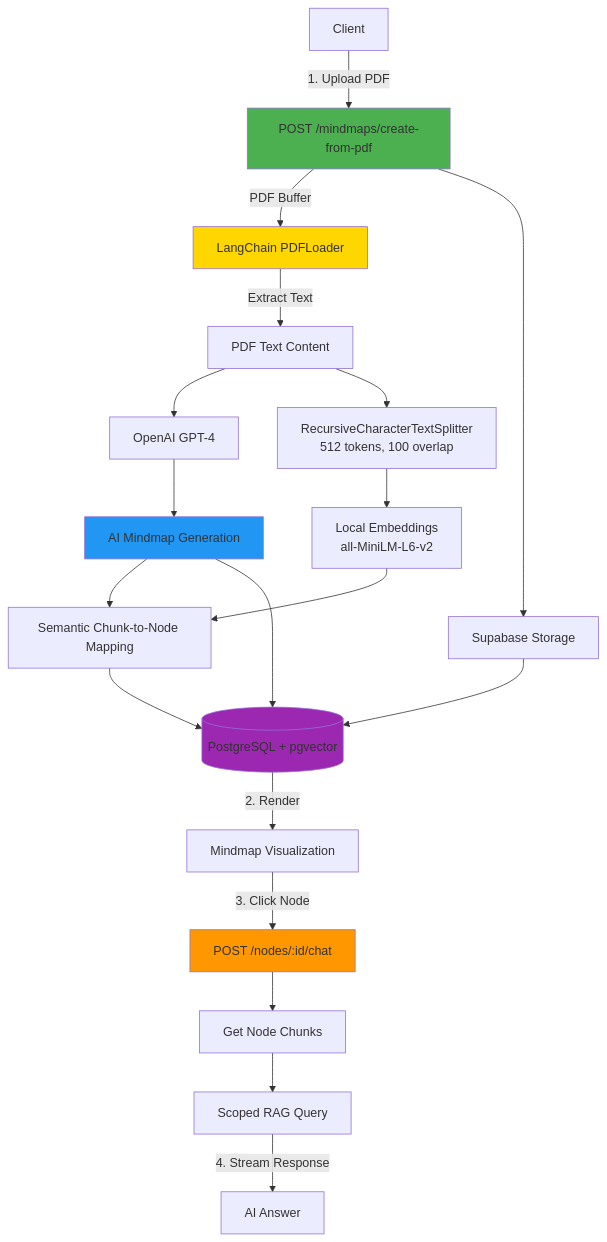
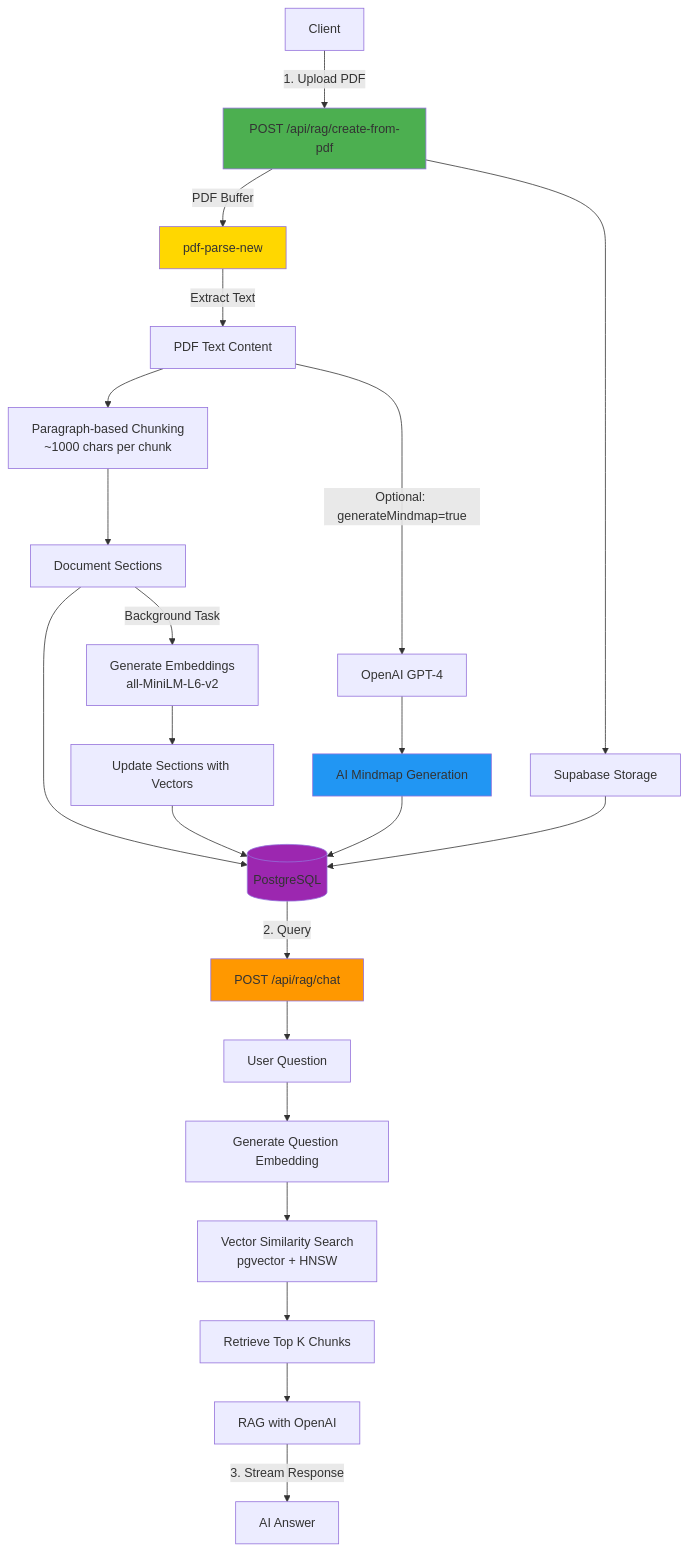
Before and after one commit to nmnguyen130/mindmap-backend: the diagram in README.md, drawn with Mermaid. The commit also changed other lines of this file and 9 other files, not shown here.

````diff
--- a/README.md
+++ b/README.md
@@ -7,33 +7,36 @@
 ```mermaid
 flowchart TB
-    User[Client] -->|1. Upload PDF| API[POST /mindmaps/create-from-pdf]
+    User[Client] -->|1. Upload PDF| API[POST /api/rag/create-from-pdf]
     
-    API -->|PDF Buffer| PDFLoader[LangChain PDFLoader]
-    PDFLoader -->|Extract Text| Parse[PDF Text Content]
+    API -->|PDF Buffer| PDFParse[pdf-parse-new]
+    PDFParse -->|Extract Text| Text[PDF Text Content]
     API --> Store[Supabase Storage]
     
-    Parse --> LLM[OpenAI GPT-4]
+    Text --> Chunk[Paragraph-based Chunking<br/>~1000 chars per chunk]
+    Chunk --> Sections[Document Sections]
+    
+    Sections --> DB[(PostgreSQL)]
+    Store --> DB
+    
+    Sections -->|Background Task| Embed[Generate Embeddings<br/>all-MiniLM-L6-v2]
+    Embed --> Update[Update Sections with Vectors]
+    Update --> DB
+    
+    Text -->|Optional: generateMindmap=true| LLM[OpenAI GPT-4]
     LLM --> Mindmap[AI Mindmap Generation]
-    
-    Parse --> Chunk[RecursiveCharacterTextSplitter<br/>512 tokens, 100 overlap]
-    Chunk --> Embed[Local Embeddings<br/>all-MiniLM-L6-v2]
-    
-    Mindmap --> Map[Semantic Chunk-to-Node Mapping]
-    Embed --> Map
-    
-    Map --> DB[(PostgreSQL + pgvector)]
-    Store --> DB
     Mindmap --> DB
     
-    DB -->|2. Render| Frontend[Mindmap Visualization]
-    Frontend -->|3. Click Node| NodeAPI[POST /nodes/:id/chat]
-    NodeAPI --> Retrieve[Get Node Chunks]
-    Retrieve --> RAG[Scoped RAG Query]
-    RAG -->|4. Stream Response| Answer[AI Answer]
+    DB -->|2. Query| ChatAPI[POST /api/rag/chat]
+    ChatAPI --> Question[User Question]
+    Question --> QueryEmbed[Generate Question Embedding]
+    QueryEmbed --> Search[Vector Similarity Search<br/>pgvector + HNSW]
+    Search --> Context[Retrieve Top K Chunks]
+    Context --> RAG[RAG with OpenAI]
+    RAG -->|3. Stream Response| Answer[AI Answer]
     
-    style PDFLoader fill:#FFD700
+    style PDFParse fill:#FFD700
     style API fill:#4CAF50
     style Mindmap fill:#2196F3
-    style NodeAPI fill:#FF9800
+    style ChatAPI fill:#FF9800
     style DB fill:#9C27B0
 ```
````
